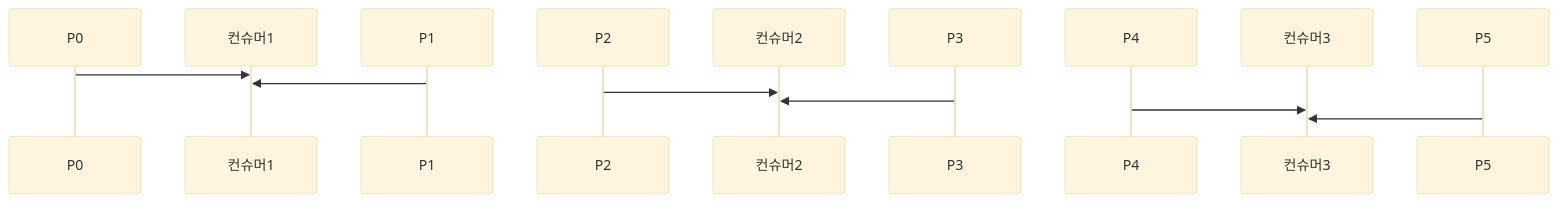
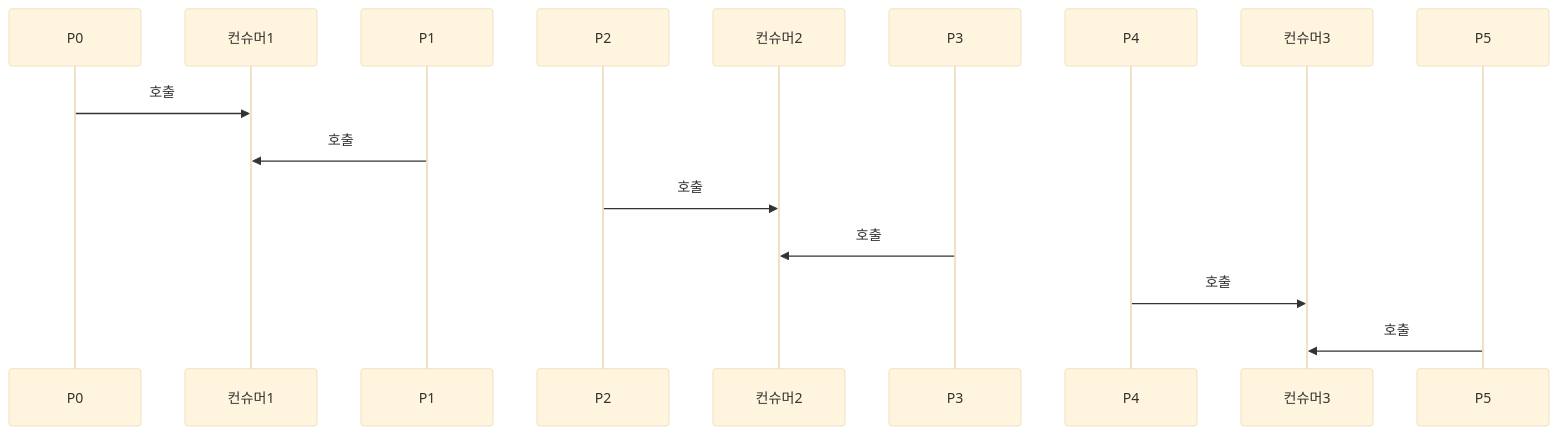
One commit to yjkim2015/yjkim2015.github.io changed the fourth of 12 diagrams in _posts/kafka/2026-05-02-kafka-deep.md. Above: the diagram before and after it, drawn with Mermaid (base theme). The commit also changed other lines of this file and 85 other files, not shown here.

First line of the commit message:
sequenceDiagram 문법 에러 2차 수정 169개 (86파일)

````diff
--- a/_posts/kafka/2026-05-02-kafka-deep.md
+++ b/_posts/kafka/2026-05-02-kafka-deep.md
@@ -164,9 +164,9 @@
 ```mermaid
 sequenceDiagram
-    P0->>컨슈머1:
-    P1->>컨슈머1:
-    P2->>컨슈머2:
-    P3->>컨슈머2:
-    P4->>컨슈머3:
-    P5->>컨슈머3:
+    P0->>컨슈머1: 호출
+    P1->>컨슈머1: 호출
+    P2->>컨슈머2: 호출
+    P3->>컨슈머2: 호출
+    P4->>컨슈머3: 호출
+    P5->>컨슈머3: 호출
 ```
````
